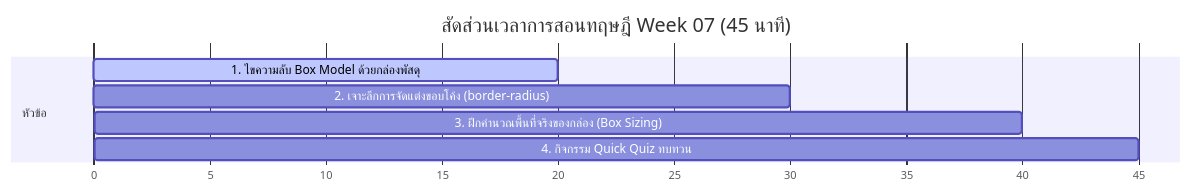
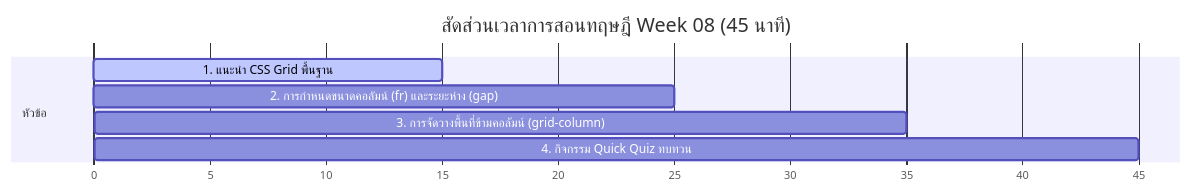
One commit to jirawat9ball/Website_lesson_plan changed the diagram in Week 08/Teacher/README.md. Above: the diagram before and after it, drawn with Mermaid. The commit also changed other lines of this file and 6 other files, not shown here.

````diff
--- a/Week 08/Teacher/README.md
+++ b/Week 08/Teacher/README.md
@@ -8,11 +8,11 @@
 ```mermaid
 gantt
-    title สัดส่วนเวลาการสอนทฤษฎี Week 07 (45 นาที)
+    title สัดส่วนเวลาการสอนทฤษฎี Week 08 (45 นาที)
     dateFormat  X
     axisFormat %s
     section หัวข้อ
-    1. ไขความลับ Box Model ด้วยกล่องพัสดุ : active, 0, 20
-    2. เจาะลึกการจัดแต่งขอบโค้ง (border-radius) : 20, 30
-    3. ฝึกคำนวณพื้นที่จริงของกล่อง (Box Sizing) : 30, 40
-    4. กิจกรรม Quick Quiz ทบทวน : 40, 45
+    1. แนะนำ CSS Grid พื้นฐาน : active, 0, 15
+    2. การกำหนดขนาดคอลัมน์ (fr) และระยะห่าง (gap) : 15, 25
+    3. การจัดวางพื้นที่ข้ามคอลัมน์ (grid-column) : 25, 35
+    4. กิจกรรม Quick Quiz ทบทวน : 35, 45
 ```
````
